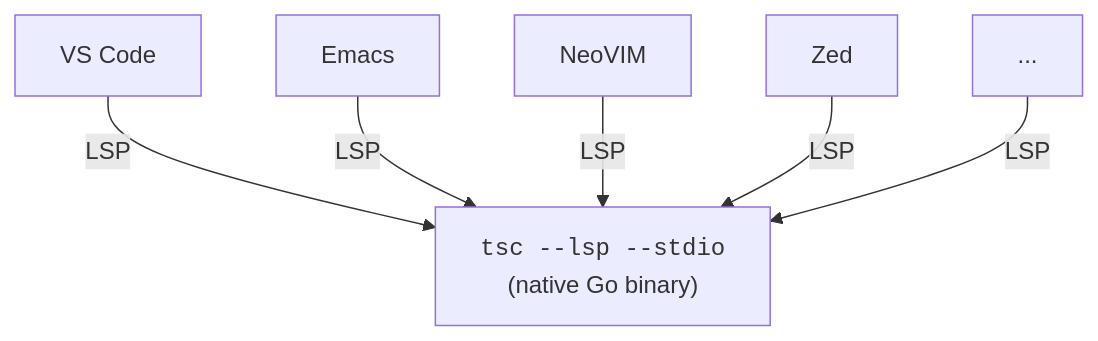
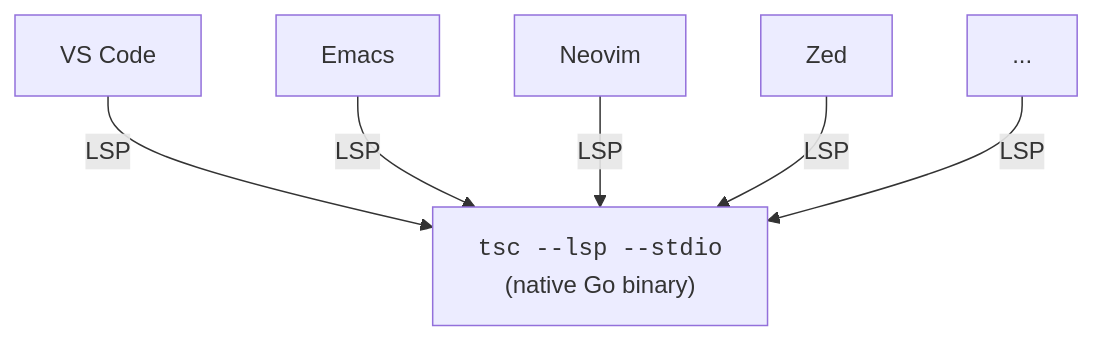
One commit to hupf/techkafi-typescript7 changed the second of 5 diagrams in slides.md. Above: the diagram before and after it, drawn with Mermaid. The commit also changed other lines of this file, not shown here.

````diff
--- a/slides.md
+++ b/slides.md
@@ -315,15 +315,15 @@
 ```mermaid
 flowchart TD
     vscode[VS Code]
     emacs[Emacs]
-    vim[NeoVIM]
+    vim[Neovim]
     zed[Zed]
     etc[...]
     tsgo["<code>tsc --lsp --stdio</code><br>(native Go binary)"]
 
     vscode --> |LSP| tsgo
     emacs --> |LSP| tsgo
     vim --> |LSP| tsgo
     zed --> |LSP| tsgo
     etc --> |LSP| tsgo
 ```
````
